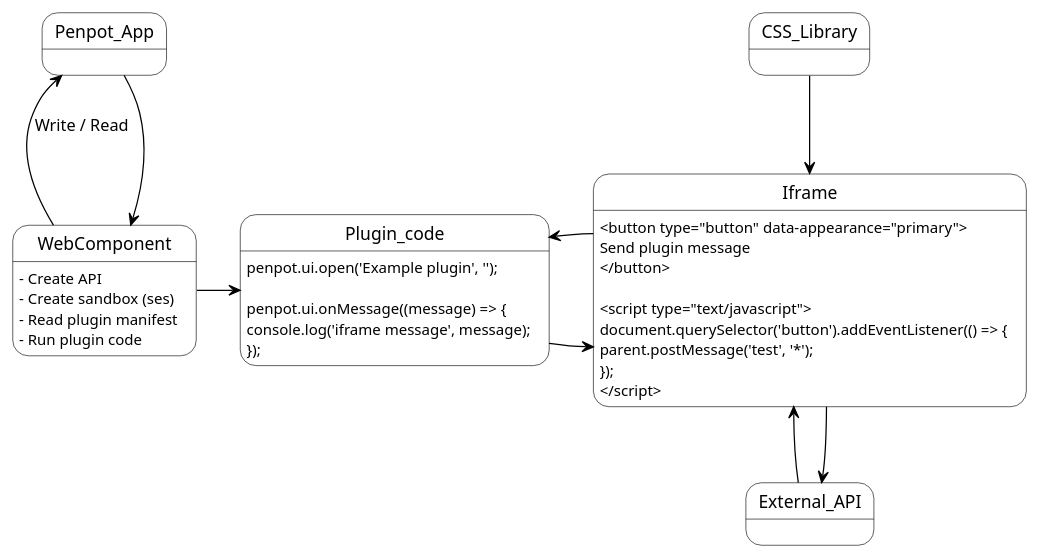
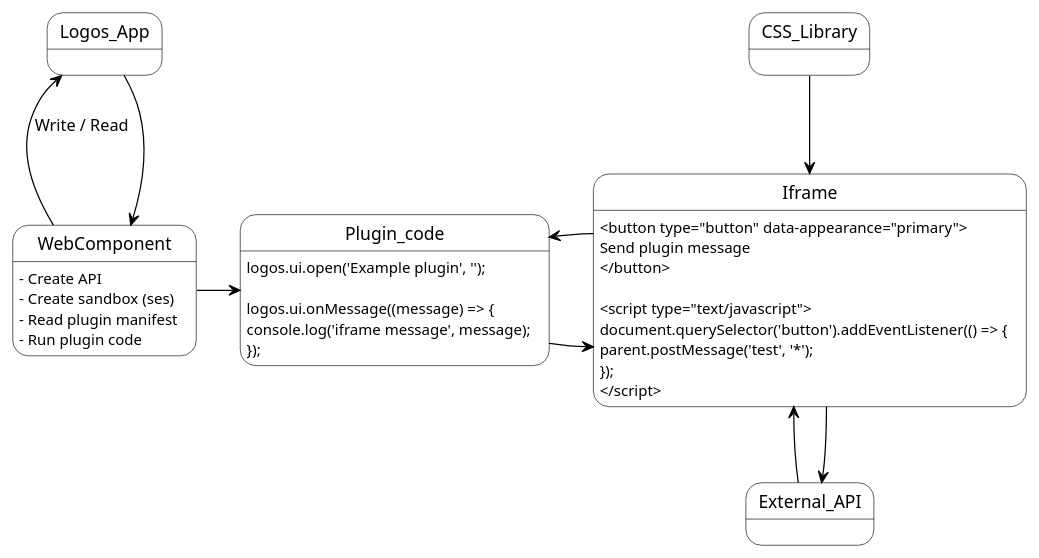
The diagram in docs/plugins/getting-started.md (navidrezadoost/Logos), drawn with PlantUML before and after one commit. The commit also changed other lines of this file and 12777 other files, not shown here.

```diff
--- a/docs/plugins/getting-started.md
+++ b/docs/plugins/getting-started.md
@@ -88,37 +88,37 @@
 @startuml
 
 skinparam state {
 BackgroundColor transparent
 BorderColor black
 ArrowColor black
 }
 
-Penpot_App -down-> WebComponent
-WebComponent -up-> Penpot_App : Write / Read
+Logos_App -down-> WebComponent
+WebComponent -up-> Logos_App : Write / Read
 WebComponent : - Create API
 WebComponent : - Create sandbox (ses)
 WebComponent : - Read plugin manifest
 WebComponent : - Run plugin code
 WebComponent -right-> Plugin_code
-Plugin_code : penpot.ui.open('Example plugin', '');
+Plugin_code : logos.ui.open('Example plugin', '');
 Plugin_code :
-Plugin_code : penpot.ui.onMessage((message) => {
+Plugin_code : logos.ui.onMessage((message) => {
 Plugin_code : console.log('iframe message', message);
 Plugin_code : });
 Plugin_code -right-> Iframe
 Iframe -left-> Plugin_code
 Iframe : <button type="button" data-appearance="primary">
 Iframe : Send plugin message
 Iframe : </button>
 Iframe :
 Iframe : <script type="text/javascript">
 Iframe : document.querySelector('button').addEventListener(() => {
 Iframe: parent.postMessage('test', '*');
 Iframe : });
 Iframe : </script>
 
 CSS_Library -down-> Iframe
 External_API -up-> Iframe
 Iframe -down-> External_API
 
 @enduml
```
